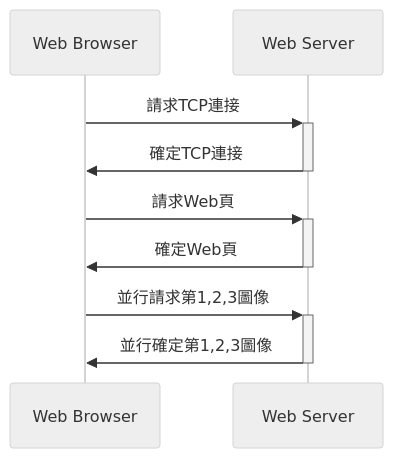
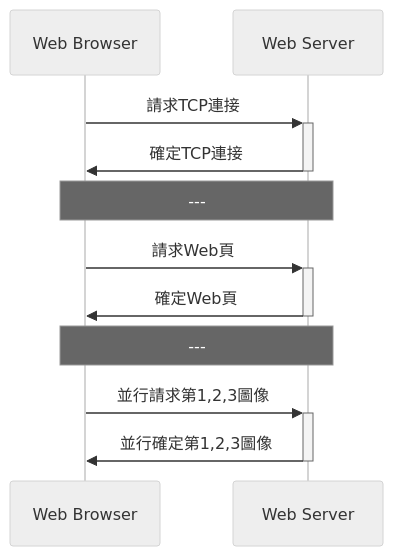
The fourth of 4 diagrams in _posts/2021-07-21-04741-internet.md (chchoiw/chchoiw.github.io), drawn with Mermaid (neutral theme) before and after one commit. The commit also changed other lines of this file, not shown here.

````diff
--- a/_posts/2021-07-21-04741-internet.md
+++ b/_posts/2021-07-21-04741-internet.md
@@ -94,9 +104,11 @@
 ```mermaid
 sequenceDiagram
     Web Browser->>+Web Server: 請求TCP連接
     Web Server->>-Web Browser: 確定TCP連接
+    Note over Web Browser,Web Server: ---
     Web Browser->>+Web Server: 請求Web頁
     Web Server->>-Web Browser: 確定Web頁
+    Note over Web Browser,Web Server: ---
     Web Browser->>+Web Server: 並行請求第1,2,3圖像
     Web Server->>-Web Browser: 並行確定第1,2,3圖像
 ```
````
